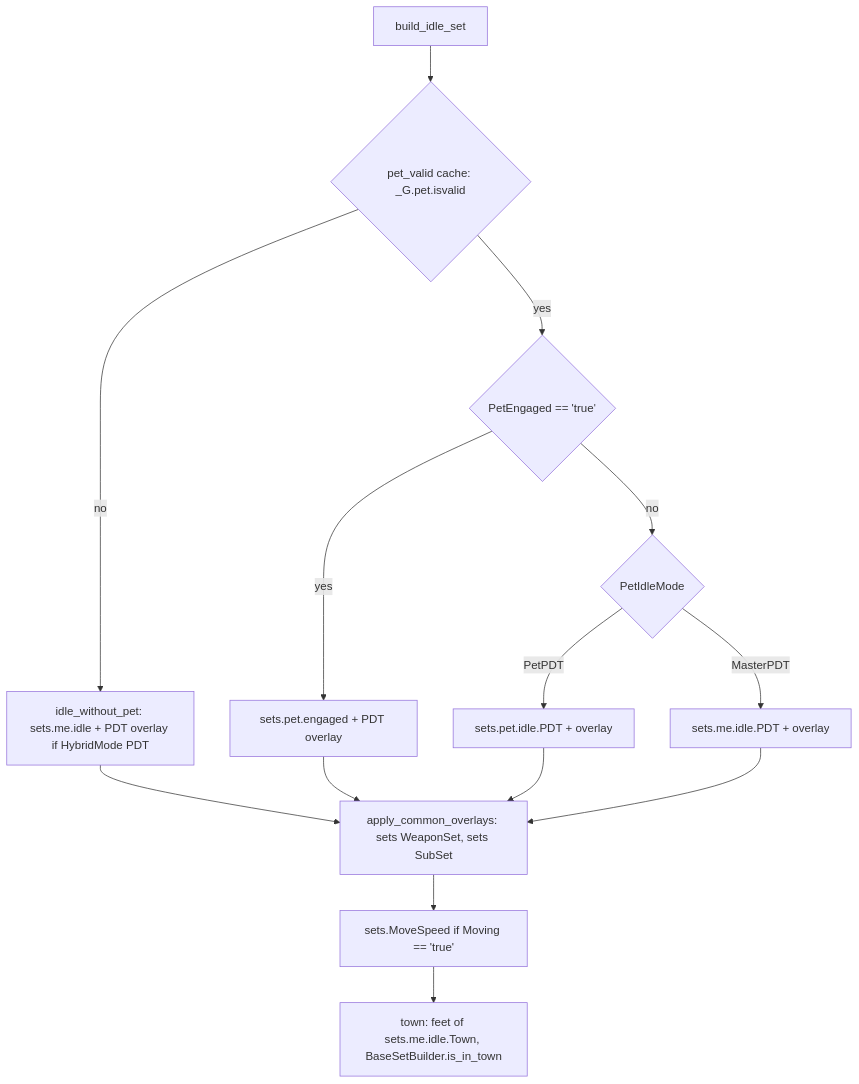
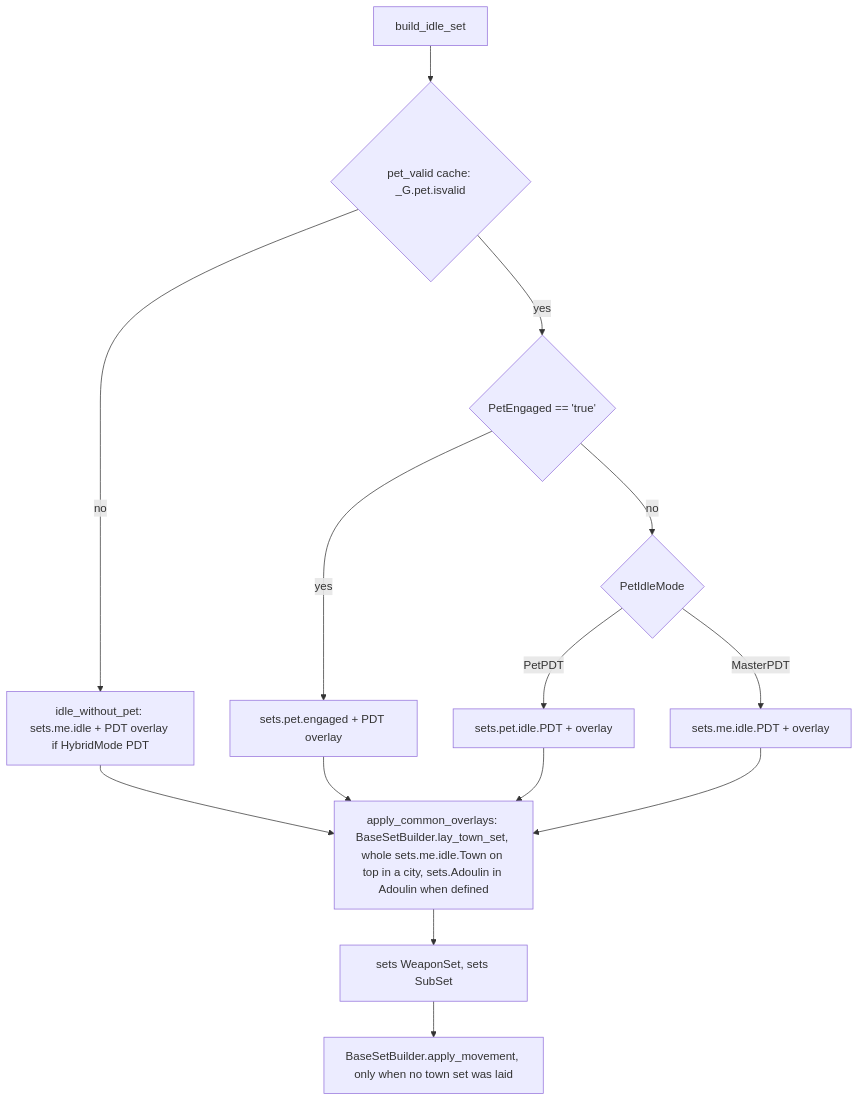
One commit to ejouanchicot/Gearswap changed the fourth of 4 diagrams in docs/dev/jobs/bst.md. Above: the diagram before and after it, drawn with Mermaid. The commit also changed other lines of this file and 9 other files, not shown here.

First line of the commit message:
fix(bst): the whole town set goes on top of the idle, like every job

````diff
--- a/docs/dev/jobs/bst.md
+++ b/docs/dev/jobs/bst.md
@@ -344,16 +345,16 @@
 ```mermaid
 flowchart TD
     A[build_idle_set] --> B{pet_valid cache: _G.pet.isvalid}
     B -- no --> C[idle_without_pet: sets.me.idle + PDT overlay if HybridMode PDT]
     B -- yes --> D{PetEngaged == 'true'}
     D -- yes --> E[sets.pet.engaged + PDT overlay]
     D -- no --> F{PetIdleMode}
     F -- PetPDT --> G[sets.pet.idle.PDT + overlay]
     F -- MasterPDT --> H[sets.me.idle.PDT + overlay]
-    C --> W[apply_common_overlays: sets WeaponSet, sets SubSet]
-    E --> W
-    G --> W
-    H --> W
-    W --> M[sets.MoveSpeed if Moving == 'true']
-    M --> T[town: feet of sets.me.idle.Town, BaseSetBuilder.is_in_town]
+    C --> T[apply_common_overlays: BaseSetBuilder.lay_town_set, whole sets.me.idle.Town on top in a city, sets.Adoulin in Adoulin when defined]
+    E --> T
+    G --> T
+    H --> T
+    T --> W[sets WeaponSet, sets SubSet]
+    W --> M[BaseSetBuilder.apply_movement, only when no town set was laid]
 ```
````
